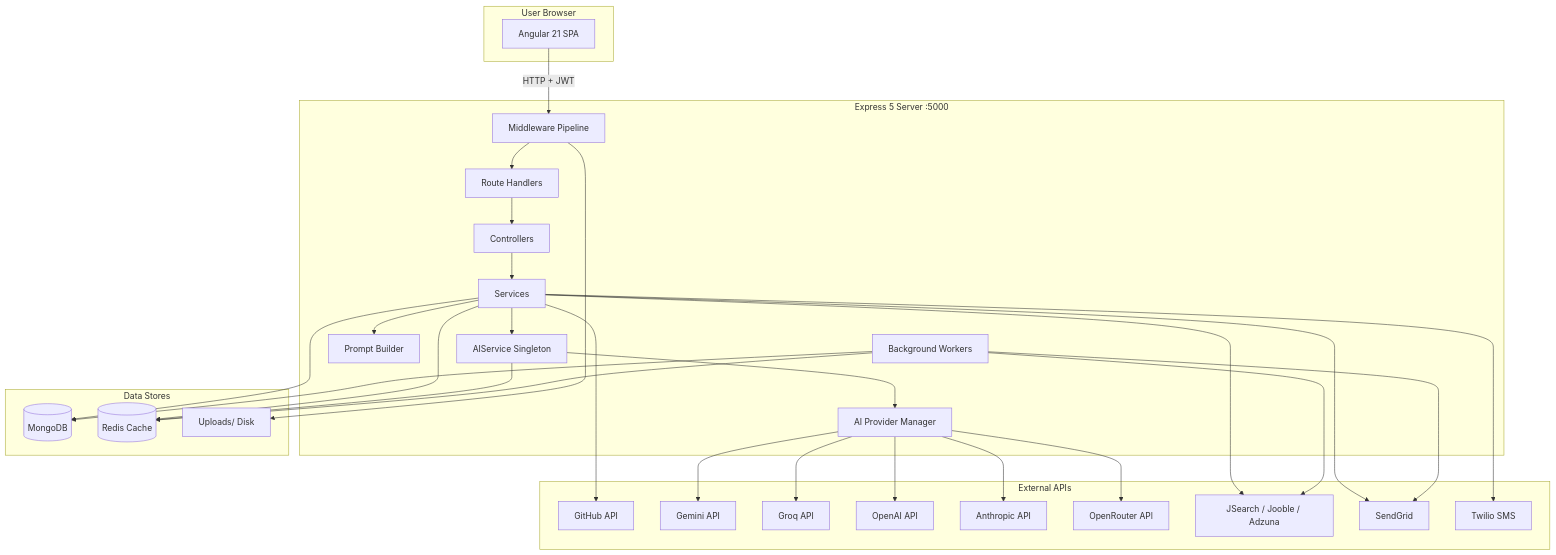
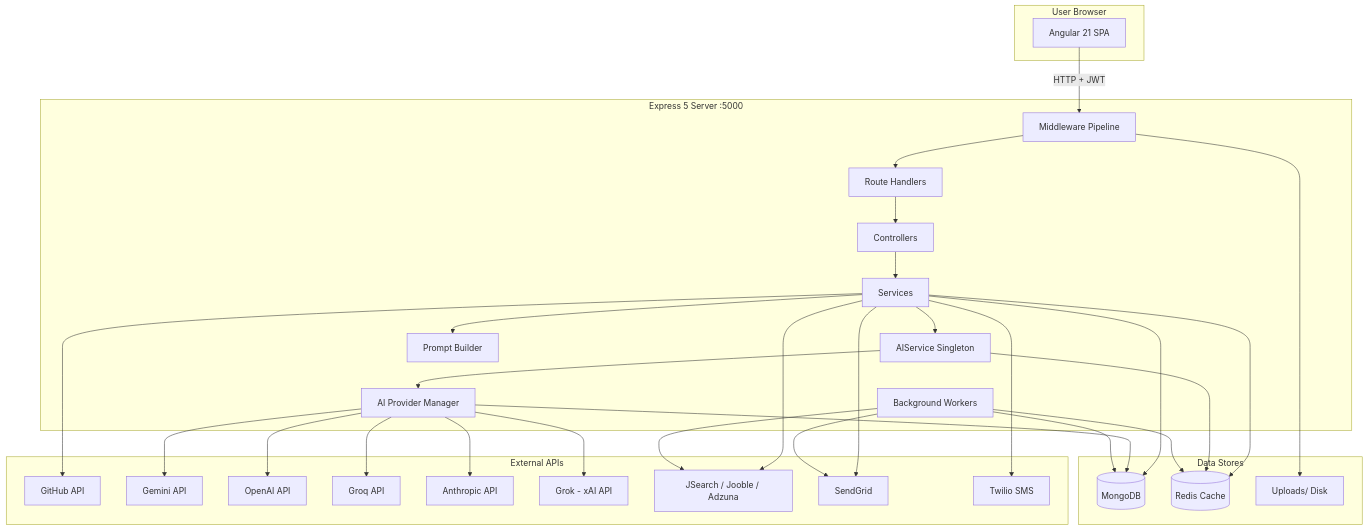
The first of 2 diagrams in docs/ARCHITECTURE.md (AhmadDhariwal/Developer-Portfolio-Analyzer), drawn with Mermaid before and after one commit. The commit also changed other lines of this file and 2103 other files, not shown here.

````diff
--- a/docs/ARCHITECTURE.md
+++ b/docs/ARCHITECTURE.md
@@ -5,60 +5,61 @@
 ```mermaid
 graph TB
     subgraph Browser["User Browser"]
         NG[Angular 21 SPA]
     end
 
     subgraph Express["Express 5 Server :5000"]
         MID[Middleware Pipeline]
         RTR[Route Handlers]
         CTL[Controllers]
         SVC[Services]
         AI[AIService Singleton]
         AIPM[AI Provider Manager]
         PB[Prompt Builder]
         WKR[Background Workers]
     end
 
     subgraph Storage["Data Stores"]
         MONGO[(MongoDB)]
         REDIS[(Redis Cache)]
         DISK[Uploads/ Disk]
     end
 
     subgraph External["External APIs"]
         GH[GitHub API]
         GEM[Gemini API]
+        OAI[OpenAI API]
         GROQ[Groq API]
-        OAI[OpenAI API]
         ANT[Anthropic API]
-        OR[OpenRouter API]
+        XAI[Grok - xAI API]
         JOB[JSearch / Jooble / Adzuna]
         SG[SendGrid]
         TW[Twilio SMS]
     end
 
     NG -->|HTTP + JWT| MID
     MID --> RTR
     RTR --> CTL
     CTL --> SVC
     SVC --> AI
     SVC --> PB
     AI --> AIPM
     SVC --> MONGO
     SVC --> REDIS
     SVC --> GH
     SVC --> JOB
     SVC --> SG
     SVC --> TW
+    AIPM --> OAI
     AIPM --> GROQ
-    AIPM --> OAI
     AIPM --> GEM
     AIPM --> ANT
-    AIPM --> OR
+    AIPM --> XAI
+    AIPM --> MONGO
     AI --> REDIS
     MID --> DISK
     WKR --> MONGO
     WKR --> REDIS
     WKR --> SG
     WKR --> JOB
 ```
````
